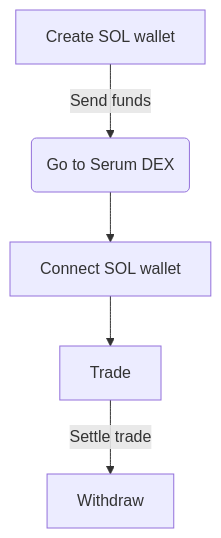
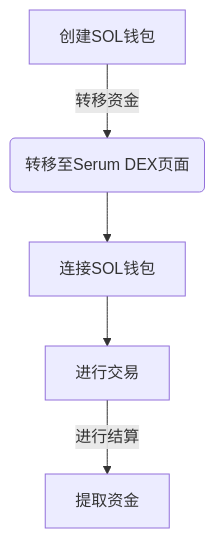
One commit to CyrusFTX/serum-academy changed the diagram in content/serum-dex/_index.zh.md. Above: the diagram before and after it, drawn with Mermaid. The commit also changed other lines of this file, not shown here.

```diff
--- a/content/serum-dex/_index.zh.md
+++ b/content/serum-dex/_index.zh.md
@@ -14,7 +14,7 @@
 {{<mermaid>}}
 graph TD
-A[Create SOL wallet] -->|Send funds| B(Go to Serum DEX)
-B --> C[Connect SOL wallet]
-C --> D[Trade]
-D --> |Settle trade| E[Withdraw]
+A[创建SOL钱包] -->|转移资金| B(转移至Serum DEX页面)
+B --> C[连接SOL钱包]
+C --> D[进行交易]
+D --> |进行结算| E[提取资金]
 {{</mermaid>}}
```
